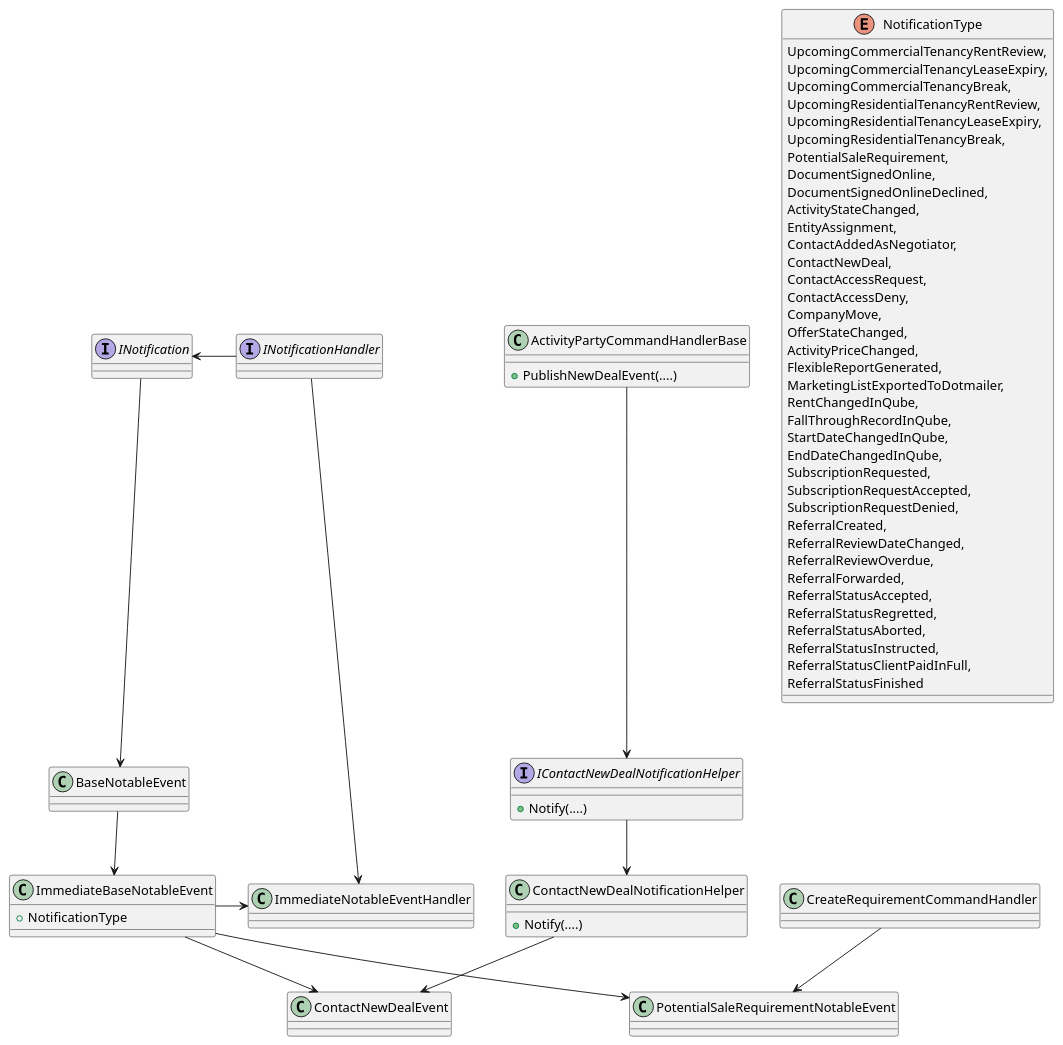
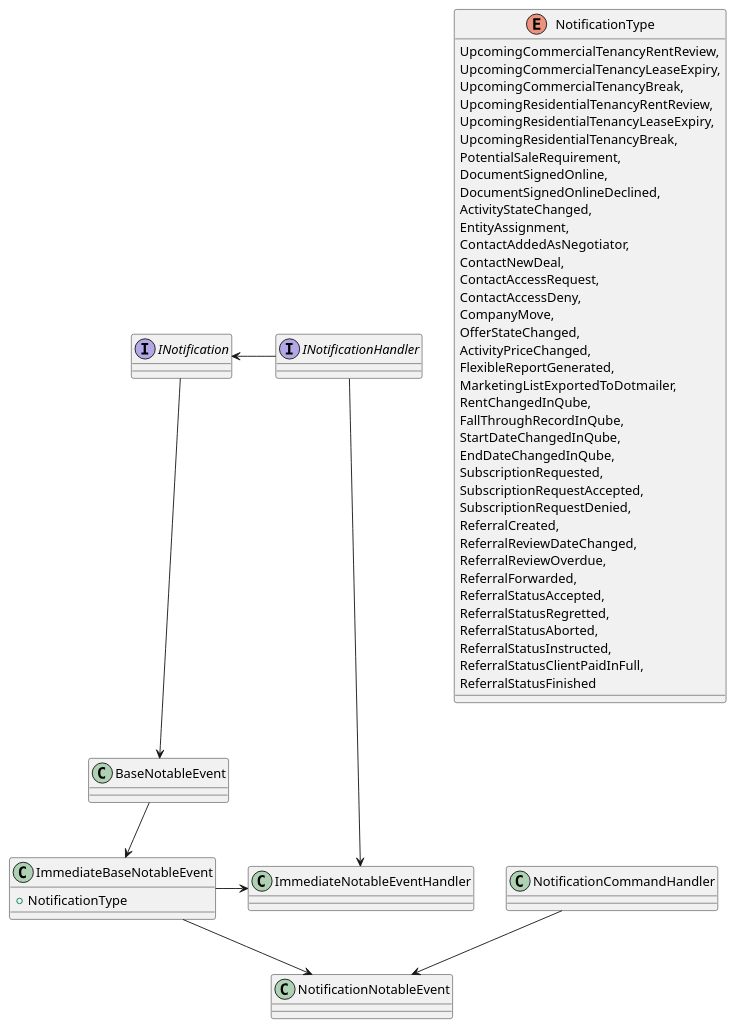
The diagram in assets/DashBoard/Notification/Notification.puml (Kf-GaryNewport/Kf-GaryNewport.github.io), drawn with PlantUML before and after one commit.

```diff
--- a/assets/DashBoard/Notification/Notification.puml
+++ b/assets/DashBoard/Notification/Notification.puml
@@ -1,83 +1,68 @@
 @startuml
 
 interface INotification {}
 Interface INotificationHandler{}
 INotification <-right- INotificationHandler
 
 class BaseNotableEvent {}
 class ImmediateBaseNotableEvent {
     + NotificationType
 }
-class ContactNewDealEvent {}
-class PotentialSaleRequirementNotableEvent {}
-
 
 INotification --> BaseNotableEvent
 BaseNotableEvent --> ImmediateBaseNotableEvent
-ImmediateBaseNotableEvent --> ContactNewDealEvent
-ImmediateBaseNotableEvent --> PotentialSaleRequirementNotableEvent
 
 class ImmediateNotableEventHandler {}
 INotificationHandler ---> ImmediateNotableEventHandler
 ImmediateBaseNotableEvent -> ImmediateNotableEventHandler
 
-class ActivityPartyCommandHandlerBase {
-    + PublishNewDealEvent(....)
-}
+'---------------------------
+class NotificationNotableEvent {}
+class NotificationCommandHandler{}
+NotificationCommandHandler --> NotificationNotableEvent
+ImmediateBaseNotableEvent --> NotificationNotableEvent
 
-Interface IContactNewDealNotificationHelper {
-    + Notify(....)
-}
 
-class ContactNewDealNotificationHelper {
-    + Notify(....)
-}
-
-IContactNewDealNotificationHelper --> ContactNewDealNotificationHelper
-ActivityPartyCommandHandlerBase --> IContactNewDealNotificationHelper
-ContactNewDealNotificationHelper --> ContactNewDealEvent
-
-class CreateRequirementCommandHandler{}
-CreateRequirementCommandHandler --> PotentialSaleRequirementNotableEvent
+'---------------------------
 
 enum NotificationType
 {
     UpcomingCommercialTenancyRentReview,
     UpcomingCommercialTenancyLeaseExpiry,
     UpcomingCommercialTenancyBreak,
     UpcomingResidentialTenancyRentReview,
     UpcomingResidentialTenancyLeaseExpiry,
     UpcomingResidentialTenancyBreak,
     PotentialSaleRequirement,
     DocumentSignedOnline,
     DocumentSignedOnlineDeclined,
     ActivityStateChanged,
     EntityAssignment,
     ContactAddedAsNegotiator,
     ContactNewDeal,
     ContactAccessRequest,
     ContactAccessDeny,
     CompanyMove,
     OfferStateChanged,
     ActivityPriceChanged,
     FlexibleReportGenerated,
     MarketingListExportedToDotmailer,
     RentChangedInQube,
     FallThroughRecordInQube,
     StartDateChangedInQube,
     EndDateChangedInQube,
     SubscriptionRequested,
     SubscriptionRequestAccepted,
     SubscriptionRequestDenied,
     ReferralCreated,
     ReferralReviewDateChanged,
     ReferralReviewOverdue,
     ReferralForwarded,
     ReferralStatusAccepted,
     ReferralStatusRegretted,
     ReferralStatusAborted,
     ReferralStatusInstructed,
     ReferralStatusClientPaidInFull,
     ReferralStatusFinished
 }
 @enduml
```
